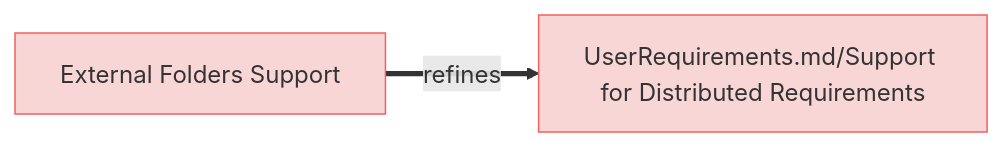
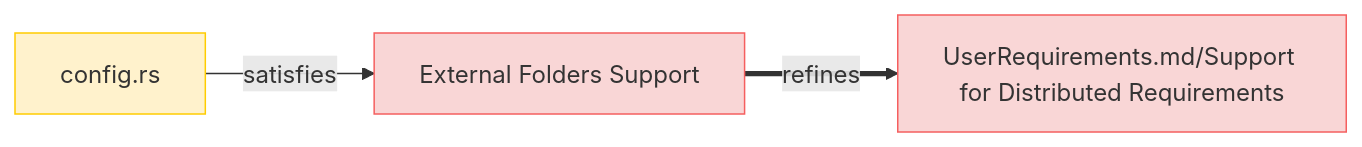
One commit to reqvire-org/reqvire changed the second of 9 diagrams in specifications/SystemRequirements/Requirements.md. Above: the diagram before and after it, drawn with Mermaid. The commit also changed other lines of this file and 12 other files, not shown here.

````diff
--- a/specifications/SystemRequirements/Requirements.md
+++ b/specifications/SystemRequirements/Requirements.md
@@ -233,18 +235,22 @@
 ```mermaid
 graph LR;
   %% Graph styling
   classDef requirement fill:#f9d6d6,stroke:#f55f5f,stroke-width:1px;
   classDef satisfies fill:#fff2cc,stroke:#ffcc00,stroke-width:1px;
   classDef verification fill:#d6f9d6,stroke:#5fd75f,stroke-width:1px;
   classDef externalLink fill:#d0e0ff,stroke:#3080ff,stroke-width:1px;
   classDef paragraph fill:#efefef,stroke:#999999,stroke-width:1px;
   classDef default fill:#f5f5f5,stroke:#333333,stroke-width:1px;
 
     External_Folders_Support["External Folders Support"];
     click External_Folders_Support "SystemRequirements/Requirements.md#external-folders-support";
     class External_Folders_Support requirement;
     External_Folders_Support ==>|refines| _UserRequirements_md_Support_for_Distributed_Requirements_____UserRequirements_md_support_for_distributed_requirements_;
     _UserRequirements_md_Support_for_Distributed_Requirements_____UserRequirements_md_support_for_distributed_requirements_["UserRequirements.md/Support for Distributed Requirements"];
     click _UserRequirements_md_Support_for_Distributed_Requirements_____UserRequirements_md_support_for_distributed_requirements_ "../UserRequirements.md#support-for-distributed-requirements";
     class _UserRequirements_md_Support_for_Distributed_Requirements_____UserRequirements_md_support_for_distributed_requirements_ requirement;
+    _config_rs__https___github_com_reqflow_reqflow_src_config_rs_ -->|satisfies| External_Folders_Support;
+    _config_rs__https___github_com_reqflow_reqflow_src_config_rs_["config.rs"];
+    click _config_rs__https___github_com_reqflow_reqflow_src_config_rs_ "https://github.com/reqflow/reqflow/src#config.rs";
+    class _config_rs__https___github_com_reqflow_reqflow_src_config_rs_ satisfies;
 ```
````
